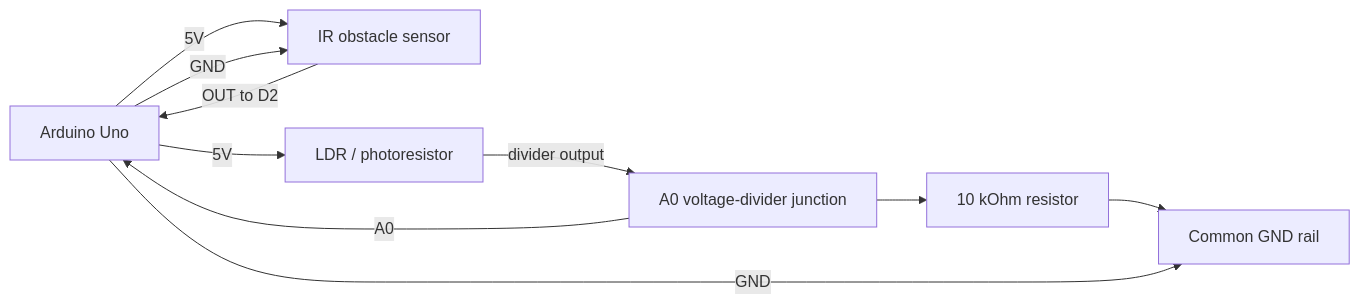
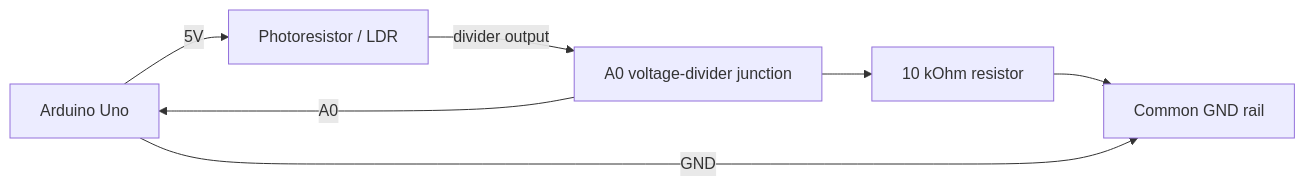
The first of 2 diagrams in docs/connections.md (Danncode10/Automatic-Night-Lights), drawn with Mermaid before and after one commit. The commit also changed other lines of this file and 3 other files, not shown here.

Commit message:
Refactor project documentation and Arduino sketch to focus on photoresistor-based monitoring for automatic night lights

````diff
--- a/docs/connections.md
+++ b/docs/connections.md
@@ -32,20 +27,15 @@
 ```mermaid
 flowchart LR
     Arduino["Arduino Uno"]
-    IR["IR obstacle sensor"]
-    LDR["LDR / photoresistor"]
+    Photoresistor["Photoresistor / LDR"]
     Junction["A0 voltage-divider junction"]
     Resistor["10 kOhm resistor"]
     Ground["Common GND rail"]
 
-    Arduino -- "5V" --> IR
-    Arduino -- "GND" --> IR
-    IR -- "OUT to D2" --> Arduino
-
-    Arduino -- "5V" --> LDR
-    LDR -- "divider output" --> Junction
+    Arduino -- "5V" --> Photoresistor
+    Photoresistor -- "divider output" --> Junction
     Junction -- "A0" --> Arduino
     Junction --> Resistor
     Resistor --> Ground
     Arduino -- "GND" --> Ground
 ```
````
